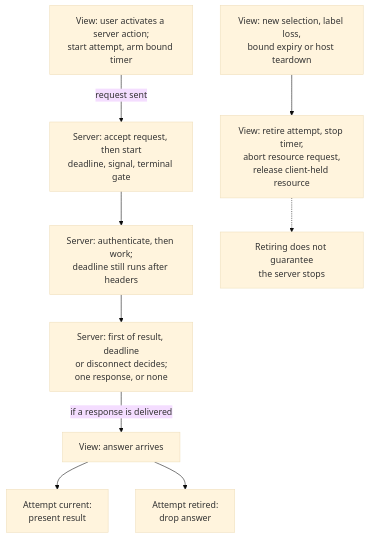
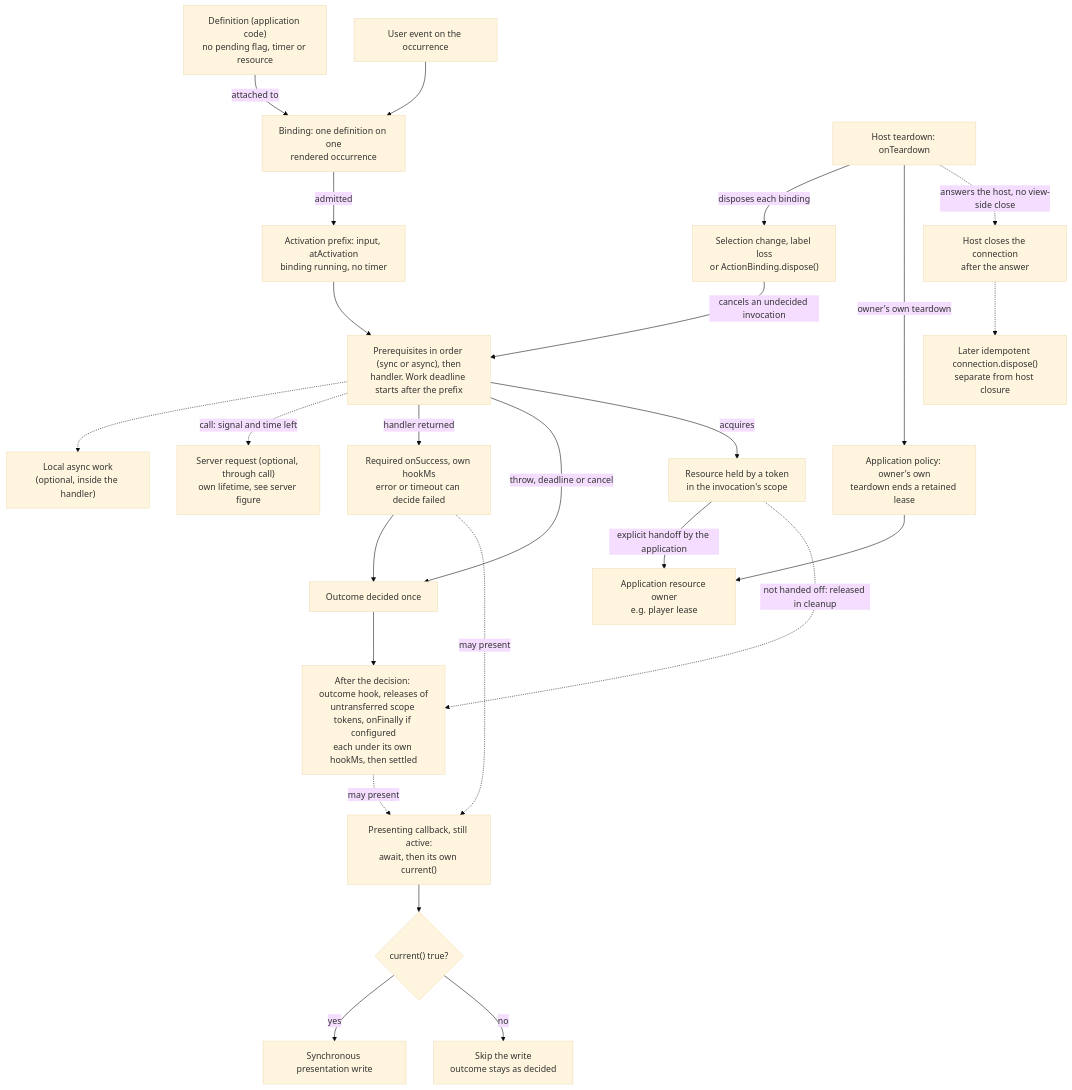
Before and after one commit to MachineWisdomAI/saga-a2ui: the diagram in diagrams/request-view-lifetimes.mmd, drawn with Mermaid (base theme). The commit also changed 14 other files, not shown here.

Commit message:
docs: align lifetime blueprint with approved action design

```diff
--- a/diagrams/request-view-lifetimes.mmd
+++ b/diagrams/request-view-lifetimes.mmd
@@ -1,19 +1,46 @@
 graph TD
-  V1["View: user activates a server action;<br/>start attempt, arm bound timer"]
-  S1["Server: accept request, then start<br/>deadline, signal, terminal gate"]
-  S2["Server: authenticate, then work;<br/>deadline still runs after headers"]
-  S3["Server: first of result, deadline<br/>or disconnect decides;<br/>one response, or none"]
-  V2["View: answer arrives"]
-  V3["Attempt current:<br/>present result"]
-  V4["Attempt retired:<br/>drop answer"]
-  T["View: new selection, label loss,<br/>bound expiry or host teardown"]
-  V5["View: retire attempt, stop timer,<br/>abort resource request,<br/>release client-held resource"]
-  N["Retiring does not guarantee<br/>the server stops"]
-  V1 -->|request sent| S1
-  S1 --> S2
-  S2 --> S3
-  S3 -->|if a response is delivered| V2
-  V2 --> V3
-  V2 --> V4
-  T --> V5
-  V5 -.-> N
+  D["Definition (application code)<br/>no pending flag, timer or resource"]
+  B["Binding: one definition on one<br/>rendered occurrence"]
+  E["User event on the occurrence"]
+  P["Activation prefix: input, atActivation<br/>binding running, no timer"]
+  Q["Prerequisites in order (sync or async), then<br/>handler. Work deadline starts after the prefix"]
+  L["Local async work<br/>(optional, inside the handler)"]
+  S["Server request (optional, through call)<br/>own lifetime, see server figure"]
+  SH["Required onSuccess, own hookMs<br/>error or timeout can decide failed"]
+  H["Outcome decided once"]
+  FH["After the decision: outcome hook, releases of<br/>untransferred scope tokens, onFinally if configured<br/>each under its own hookMs, then settled"]
+  C["Presenting callback, still active:<br/>await, then its own current()"]
+  F{"current() true?"}
+  W["Synchronous presentation write"]
+  X["Skip the write<br/>outcome stays as decided"]
+  R["Resource held by a token<br/>in the invocation's scope"]
+  O["Application resource owner<br/>e.g. player lease"]
+  OT["Application policy: owner's own<br/>teardown ends a retained lease"]
+  T["Selection change, label loss<br/>or ActionBinding.dispose()"]
+  HT["Host teardown: onTeardown"]
+  HC["Host closes the connection<br/>after the answer"]
+  K["Later idempotent connection.dispose()<br/>separate from host closure"]
+  D -->|attached to| B
+  E --> B
+  B -->|admitted| P
+  P --> Q
+  Q -.-> L
+  Q -.->|call: signal and time left| S
+  Q -->|handler returned| SH
+  Q -->|throw, deadline or cancel| H
+  SH --> H
+  H --> FH
+  SH -.->|may present| C
+  FH -.->|may present| C
+  C --> F
+  F -->|yes| W
+  F -->|no| X
+  Q -->|acquires| R
+  R -->|explicit handoff by the application| O
+  R -.->|not handed off: released in cleanup| FH
+  T -->|cancels an undecided invocation| Q
+  HT -->|disposes each binding| T
+  HT -->|owner's own teardown| OT
+  OT --> O
+  HT -.->|answers the host, no view-side close| HC
+  HC -.-> K
```
